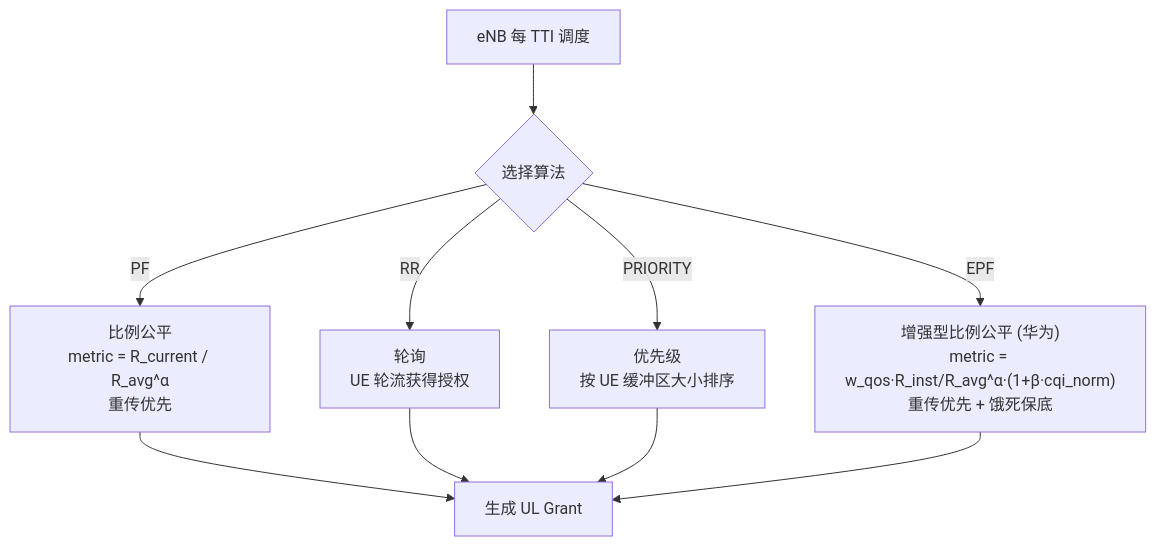
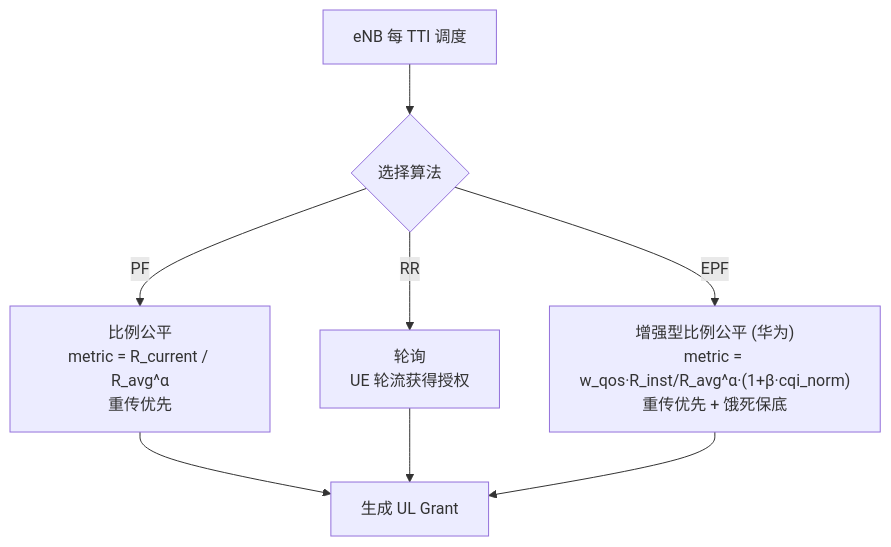
The sixth of 7 diagrams in PROTOCOL_NOTES.md (Lulu44LH/ul_mac), drawn with Mermaid before and after one commit. The commit also changed other lines of this file and 14 other files, not shown here.

````diff
--- a/PROTOCOL_NOTES.md
+++ b/PROTOCOL_NOTES.md
@@ -448,12 +440,10 @@
 ```mermaid
 flowchart TD
     A[eNB 每 TTI 调度] --> B{选择算法}
     B -->|PF| C["比例公平<br/>metric = R_current / R_avg^α<br/>重传优先"]
     B -->|RR| D[轮询<br/>UE 轮流获得授权]
-    B -->|PRIORITY| E["优先级<br/>按 UE 缓冲区大小排序"]
     B -->|EPF| G["增强型比例公平 (华为)<br/>metric = w_qos·R_inst/R_avg^α·(1+β·cqi_norm)<br/>重传优先 + 饿死保底"]
     C --> F[生成 UL Grant]
     D --> F
-    E --> F
     G --> F
 ```
````
